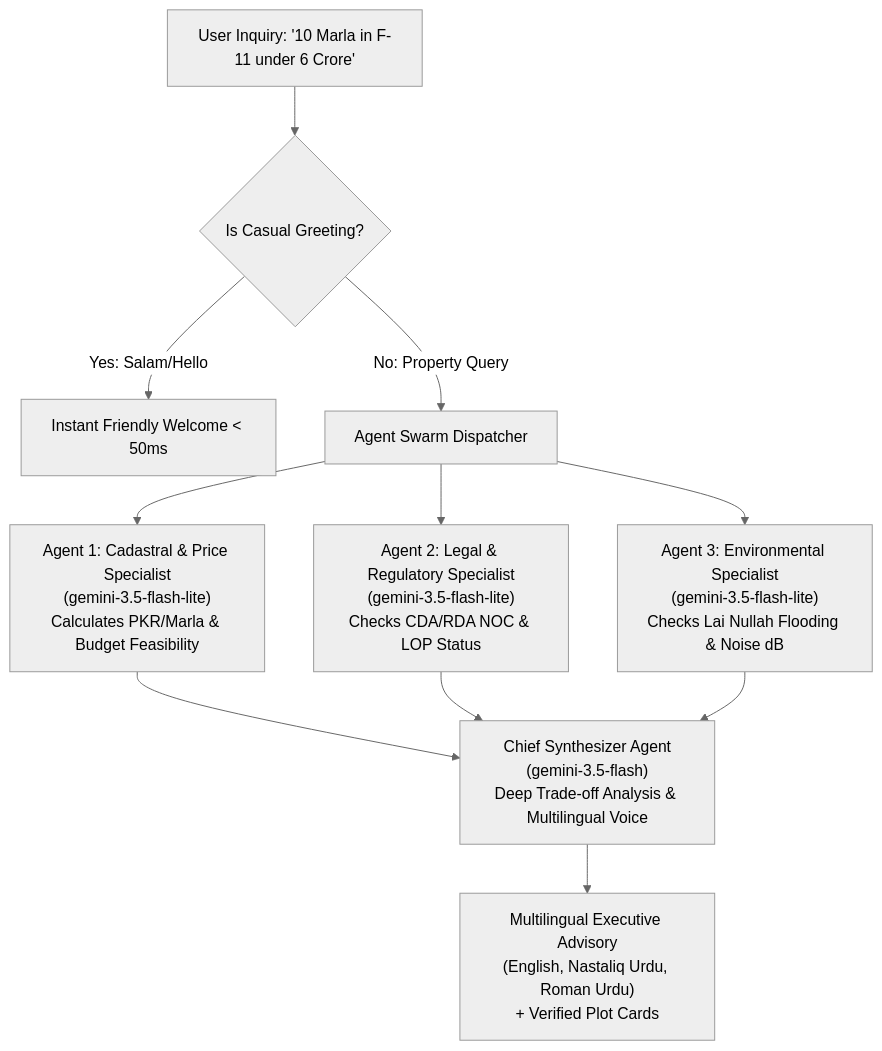
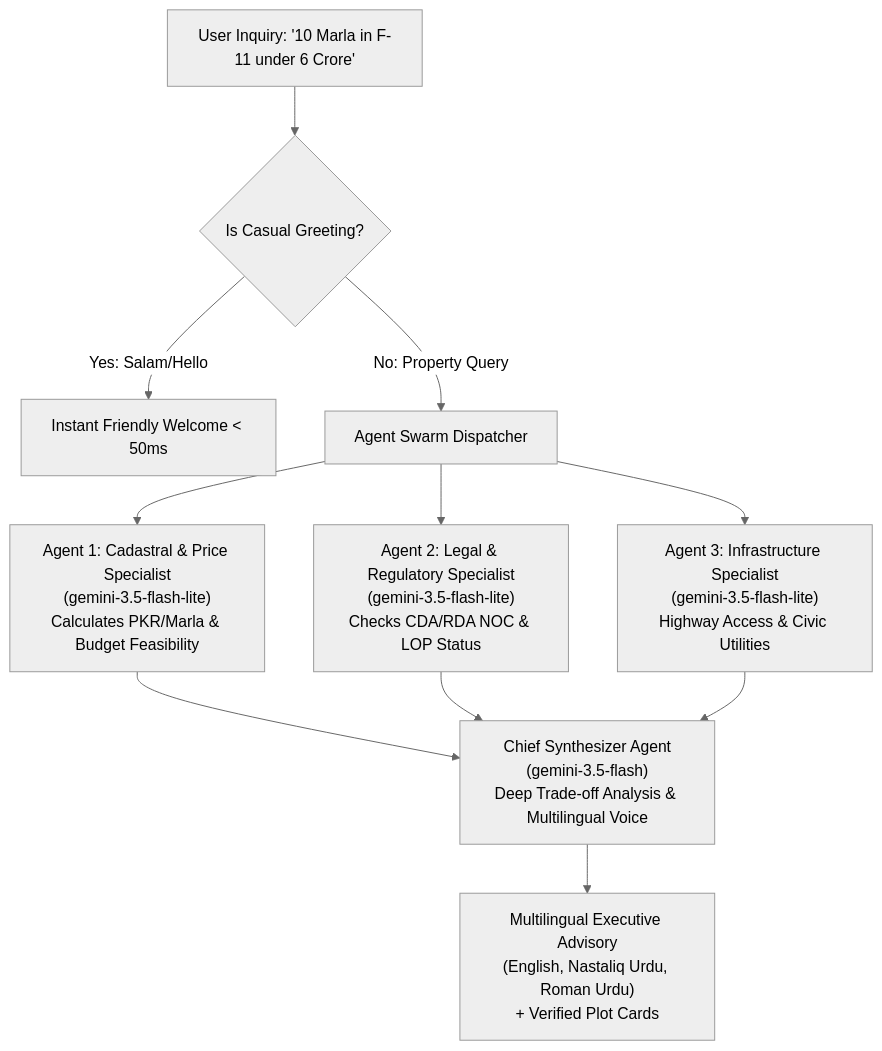
The second of 2 diagrams in naqshai/PROJECT_CONTEXT.md (M-Hassan-Farooq/NAQSHAI), drawn with Mermaid (neutral theme) before and after one commit. The commit also changed other lines of this file and 9 other files, not shown here.

````diff
--- a/naqshai/PROJECT_CONTEXT.md
+++ b/naqshai/PROJECT_CONTEXT.md
@@ -178,16 +180,16 @@
 ```mermaid
 flowchart TD
     UserQuery[User Inquiry: '10 Marla in F-11 under 6 Crore'] --> PreCheck{Is Casual Greeting?}
     PreCheck -->|Yes: Salam/Hello| FastGreeting[Instant Friendly Welcome < 50ms]
     PreCheck -->|No: Property Query| Dispatcher[Agent Swarm Dispatcher]
 
     Dispatcher --> Agent1["Agent 1: Cadastral & Price Specialist<br/>(gemini-3.5-flash-lite)<br/>Calculates PKR/Marla & Budget Feasibility"]
     Dispatcher --> Agent2["Agent 2: Legal & Regulatory Specialist<br/>(gemini-3.5-flash-lite)<br/>Checks CDA/RDA NOC & LOP Status"]
-    Dispatcher --> Agent3["Agent 3: Environmental Specialist<br/>(gemini-3.5-flash-lite)<br/>Checks Lai Nullah Flooding & Noise dB"]
+    Dispatcher --> Agent3["Agent 3: Infrastructure Specialist<br/>(gemini-3.5-flash-lite)<br/>Highway Access & Civic Utilities"]
 
     Agent1 --> Synthesizer["Chief Synthesizer Agent<br/>(gemini-3.5-flash)<br/>Deep Trade-off Analysis & Multilingual Voice"]
     Agent2 --> Synthesizer
     Agent3 --> Synthesizer
 
     Synthesizer --> FinalOutput["Multilingual Executive Advisory<br/>(English, Nastaliq Urdu, Roman Urdu)<br/>+ Verified Plot Cards"]
 ```
````
